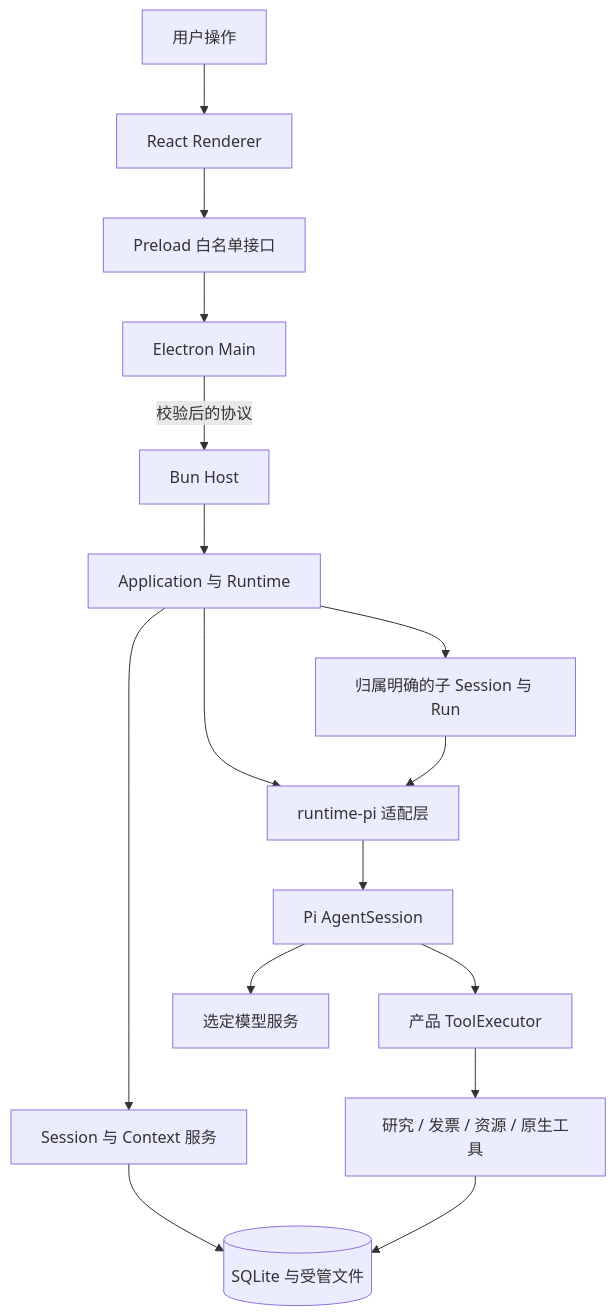
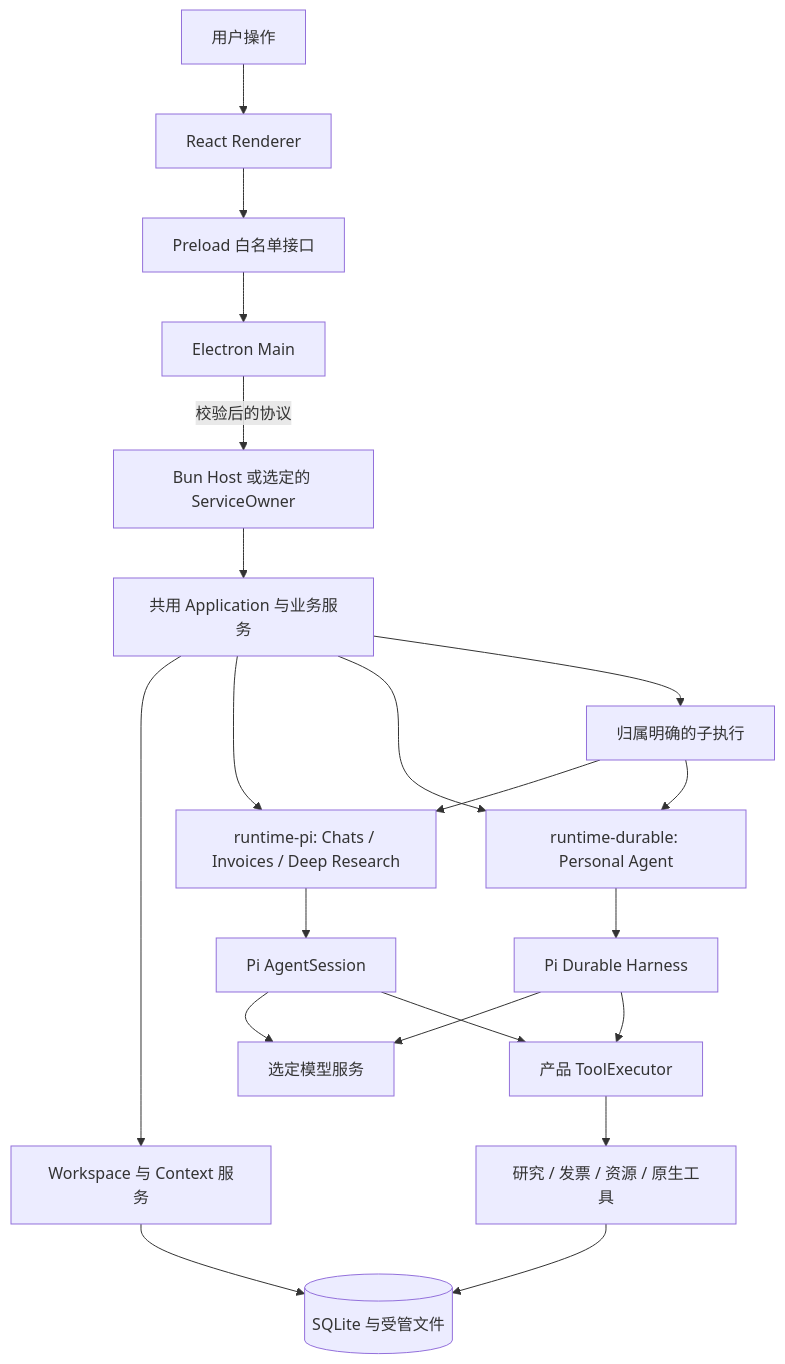
The diagram in docs/public/architecture.zh-CN.md (ChaoDiDiaoAA/Flowmate), drawn with Mermaid before and after one commit. The commit also changed other lines of this file and 614 other files, not shown here.

First line of the commit message:
feat: integrate Personal Agent and evaluation workflows

````diff
--- a/docs/public/architecture.zh-CN.md
+++ b/docs/public/architecture.zh-CN.md
@@ -9,18 +11,23 @@
 ```mermaid
 flowchart TB
   User[用户操作] --> Renderer[React Renderer]
   Renderer --> Preload[Preload 白名单接口]
   Preload --> Main[Electron Main]
-  Main -->|校验后的协议| Host[Bun Host]
-  Host --> App[Application 与 Runtime]
-  App --> Context[Session 与 Context 服务]
-  App --> Adapter[runtime-pi 适配层]
+  Main -->|校验后的协议| Host[Bun Host 或选定的 ServiceOwner]
+  Host --> App[共用 Application 与业务服务]
+  App --> Context[Workspace 与 Context 服务]
+  App --> Adapter[runtime-pi: Chats / Invoices / Deep Research]
   Adapter --> SDK[Pi AgentSession]
+  App --> Durable[runtime-durable: Personal Agent]
+  Durable --> Harness[Pi Durable Harness]
   SDK --> Model[选定模型服务]
+  Harness --> Model
   SDK --> Executor[产品 ToolExecutor]
+  Harness --> Executor
   Executor --> Domain[研究 / 发票 / 资源 / 原生工具]
   Context --> Store[(SQLite 与受管文件)]
   Domain --> Store
-  App --> Children[归属明确的子 Session 与 Run]
+  App --> Children[归属明确的子执行]
   Children --> Adapter
+  Children --> Durable
 ```
````
